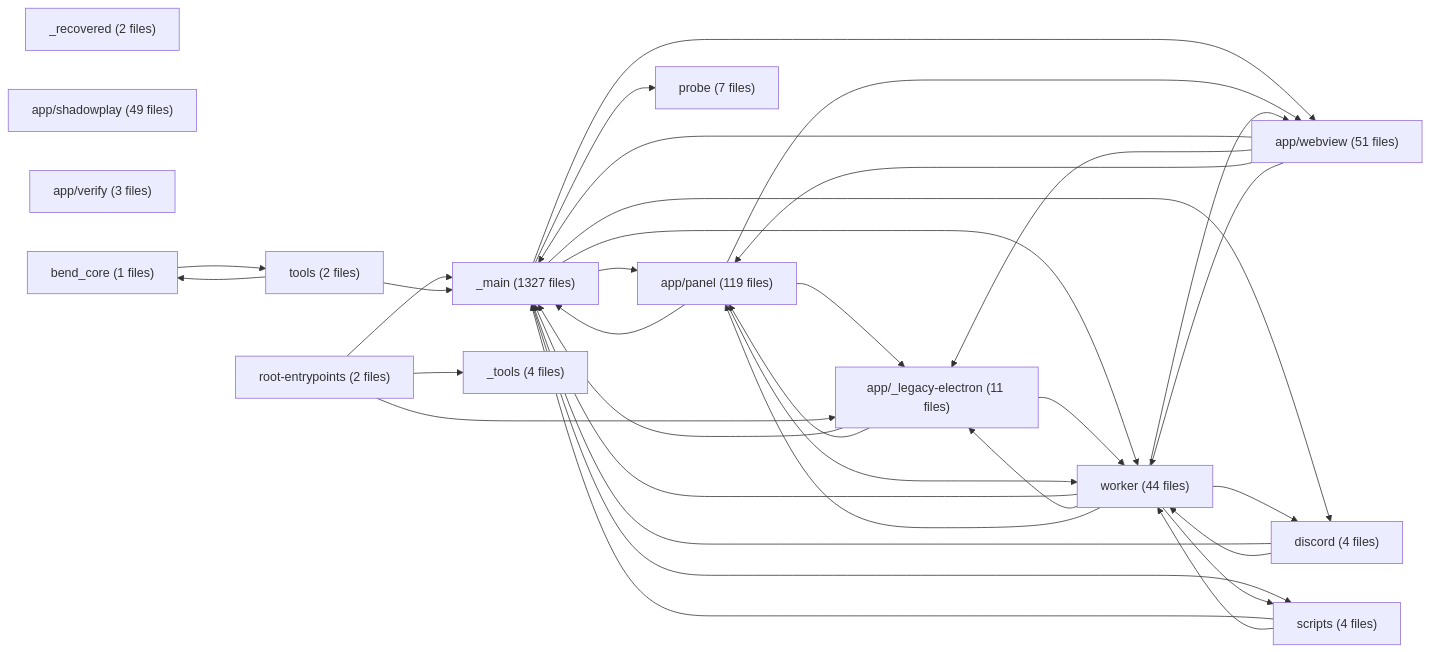
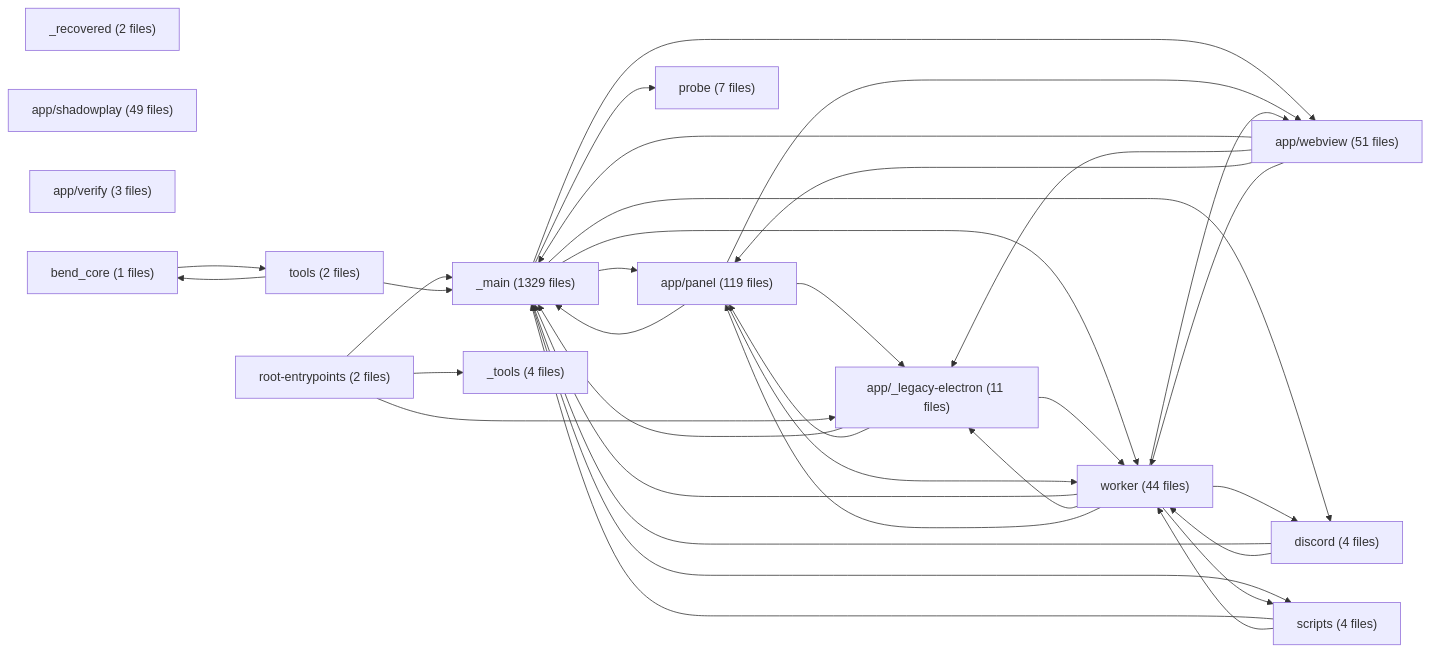
One commit to mateusant13/sotto changed the diagram in features/INDEX.md. Above: the diagram before and after it, drawn with Mermaid. The commit also changed other lines of this file and 29 other files, not shown here.

````diff
--- a/features/INDEX.md
+++ b/features/INDEX.md
@@ -28,51 +28,51 @@
 ```mermaid
 flowchart LR
-  _main["_main (1327 files)"]
+  _main["_main (1329 files)"]
   _recovered["_recovered (2 files)"]
   _tools["_tools (4 files)"]
   app__legacy_electron["app/_legacy-electron (11 files)"]
   app_panel["app/panel (119 files)"]
   app_shadowplay["app/shadowplay (49 files)"]
   app_verify["app/verify (3 files)"]
   app_webview["app/webview (51 files)"]
   bend_core["bend_core (1 files)"]
   discord["discord (4 files)"]
   probe["probe (7 files)"]
   root_entrypoints["root-entrypoints (2 files)"]
   scripts["scripts (4 files)"]
   tools["tools (2 files)"]
   worker["worker (44 files)"]
   _main --> app_panel
   _main --> app_webview
   _main --> worker
   _main --> discord
   _main --> probe
   _main --> scripts
   app__legacy_electron --> _main
   app__legacy_electron --> app_panel
   app__legacy_electron --> worker
   app_panel --> _main
   app_panel --> app__legacy_electron
   app_panel --> app_webview
   app_panel --> worker
   app_webview --> _main
   app_webview --> app__legacy_electron
   app_webview --> app_panel
   app_webview --> worker
   bend_core --> tools
   discord --> _main
   discord --> worker
   root_entrypoints --> _main
   root_entrypoints --> _tools
   root_entrypoints --> app__legacy_electron
   scripts --> _main
   scripts --> worker
   tools --> bend_core
   tools --> _main
   worker --> _main
   worker --> app__legacy_electron
   worker --> app_webview
   worker --> app_panel
   worker --> discord
   worker --> scripts
 ```
````
